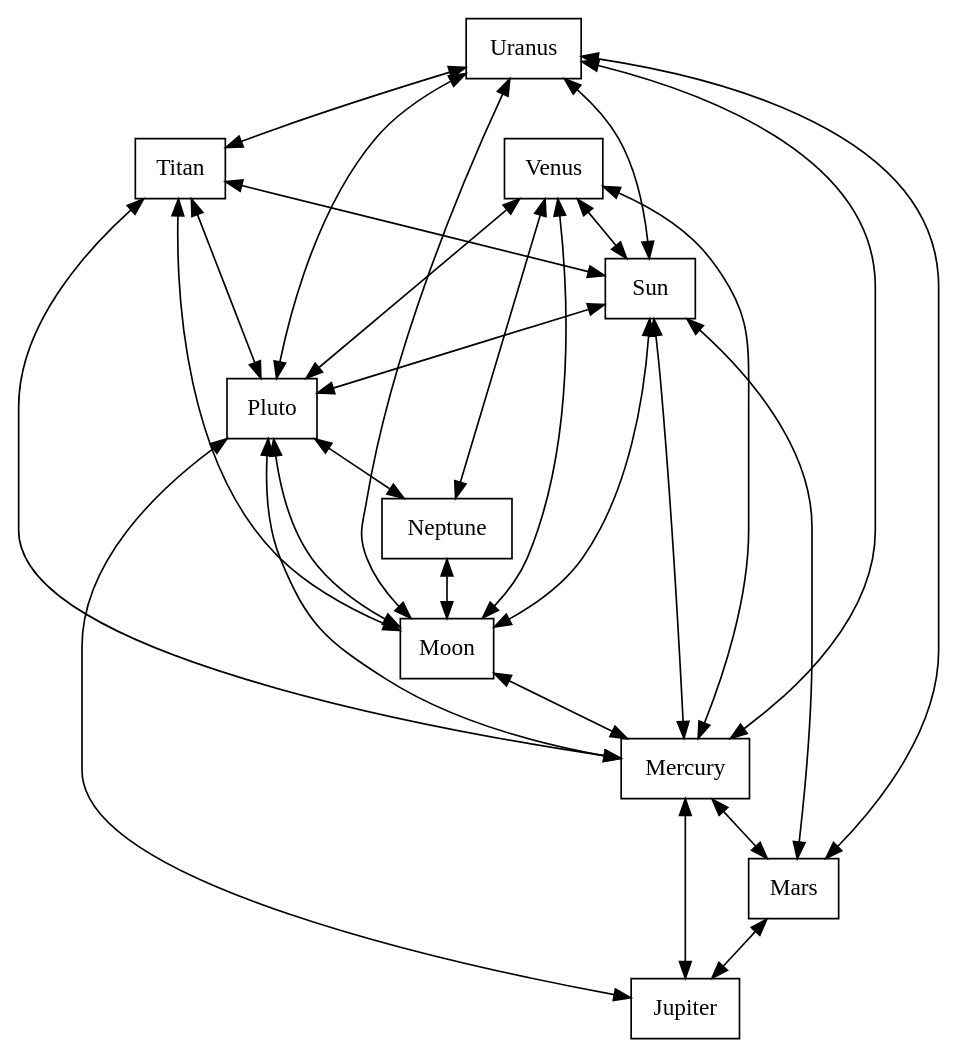
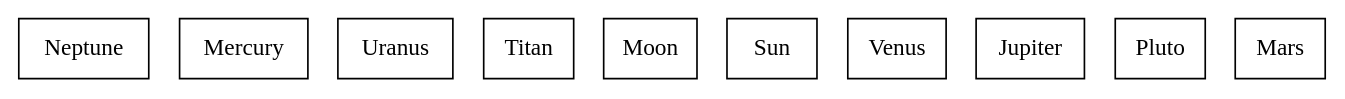
The diagram in map.dot (lmelkamu/JeopardyIsland_Final), drawn with Graphviz before and after one commit. The commit also changed 3 other files, not shown here.

```diff
--- a/map.dot
+++ b/map.dot
@@ -1,43 +1,15 @@
 digraph G {
   Neptune [fillcolor="#0003E8", label="Neptune", shape=box, ];
   Mercury [fillcolor="#0003E8", label="Mercury", shape=box, ];
   Uranus [fillcolor="#0003E8", label="Uranus", shape=box, ];
   Titan [fillcolor="#0003E8", label="Titan", shape=box, ];
   Moon [fillcolor="#0003E8", label="Moon", shape=box, ];
   Sun [fillcolor="#0003E8", label="Sun", shape=box, ];
   Venus [fillcolor="#0003E8", label="Venus", shape=box, ];
   Jupiter [fillcolor="#0003E8", label="Jupiter", shape=box, ];
   Pluto [fillcolor="#0003E8", label="Pluto", shape=box, ];
   Mars [fillcolor="#0003E8", label="Mars", shape=box, ];
   
   
-  Neptune -> Moon [dir=both, ];
-  Mercury -> Jupiter [dir=both, ];
-  Mercury -> Mars [dir=both, ];
-  Uranus -> Mars [dir=both, ];
-  Uranus -> Mercury [dir=both, ];
-  Uranus -> Moon [dir=both, ];
-  Uranus -> Pluto [dir=both, ];
-  Uranus -> Sun [dir=both, ];
-  Uranus -> Titan [dir=both, ];
-  Titan -> Mercury [dir=both, ];
-  Titan -> Moon [dir=both, ];
-  Titan -> Pluto [dir=both, ];
-  Titan -> Sun [dir=both, ];
-  Moon -> Mercury [dir=both, ];
-  Sun -> Mars [dir=both, ];
-  Sun -> Mercury [dir=both, ];
-  Sun -> Moon [dir=both, ];
-  Sun -> Pluto [dir=both, ];
-  Venus -> Mercury [dir=both, ];
-  Venus -> Moon [dir=both, ];
-  Venus -> Neptune [dir=both, ];
-  Venus -> Pluto [dir=both, ];
-  Venus -> Sun [dir=both, ];
-  Pluto -> Jupiter [dir=both, ];
-  Pluto -> Mercury [dir=both, ];
-  Pluto -> Moon [dir=both, ];
-  Pluto -> Neptune [dir=both, ];
-  Mars -> Jupiter [dir=both, ];
   
   }
```
